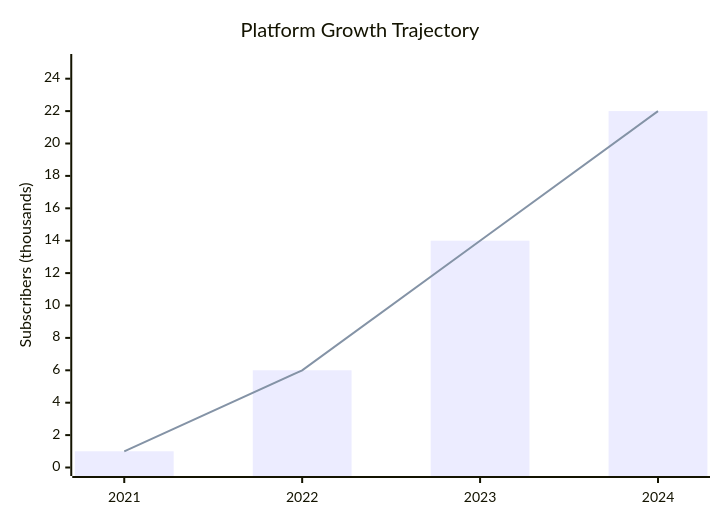
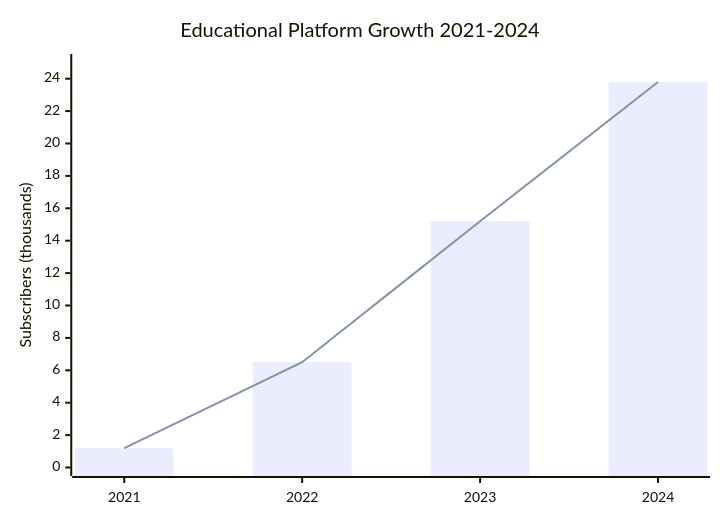
One commit to mentech93/mentech93 changed diagram 16 of 19 in README.md. Above: the diagram before and after it, drawn with Mermaid. The commit also changed other lines of this file, not shown here.

````diff
--- a/README.md
+++ b/README.md
@@ -566,8 +801,8 @@
 ```mermaid
 xychart-beta
-    title "Platform Growth Trajectory"
+    title "Educational Platform Growth 2021-2024"
     x-axis ["2021", "2022", "2023", "2024"]
     y-axis "Subscribers (thousands)" 0 --> 25
-    bar [1, 6, 14, 22]
-    line [1, 6, 14, 22]
+    bar [1.2, 6.5, 15.2, 23.8]
+    line [1.2, 6.5, 15.2, 23.8]
 ```
````
